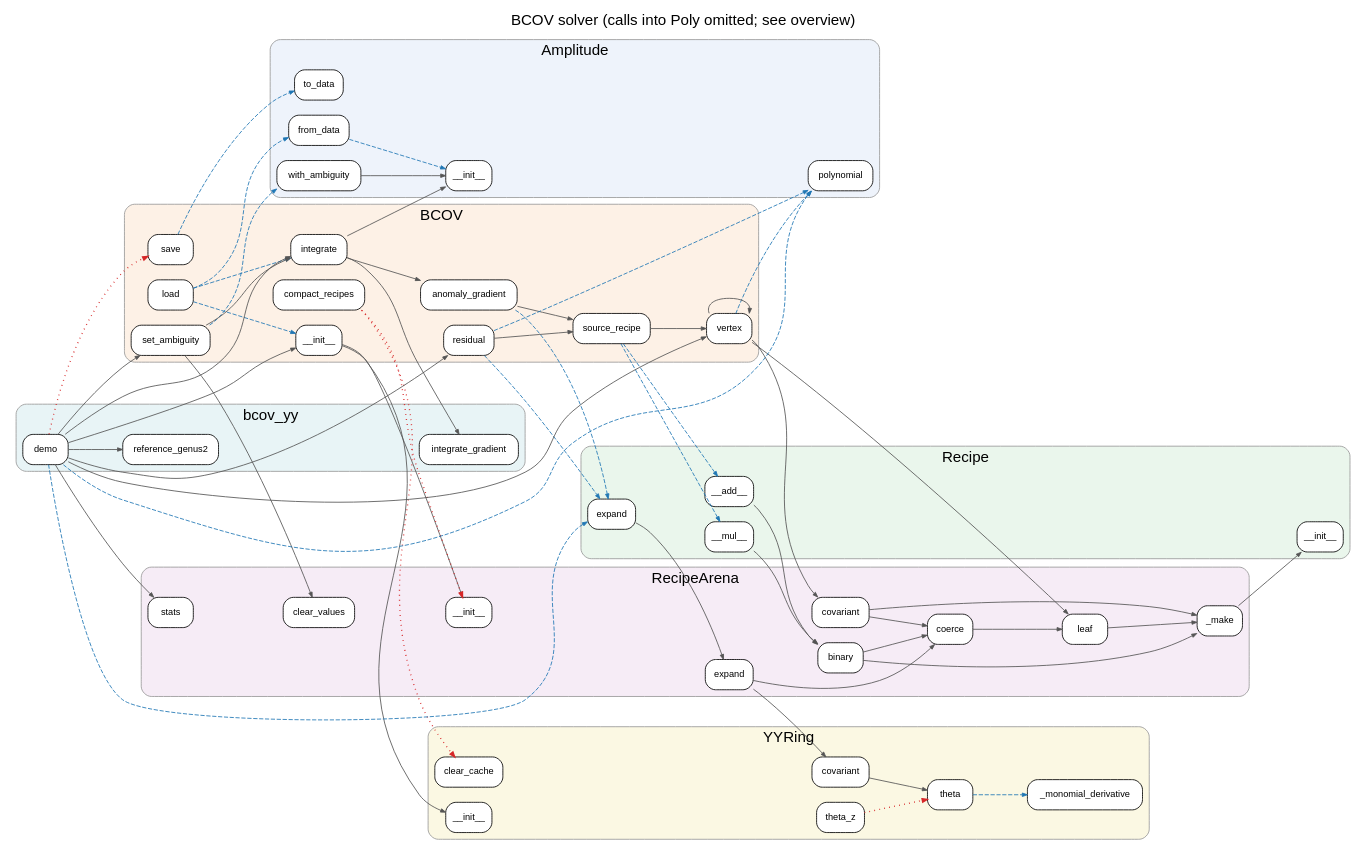
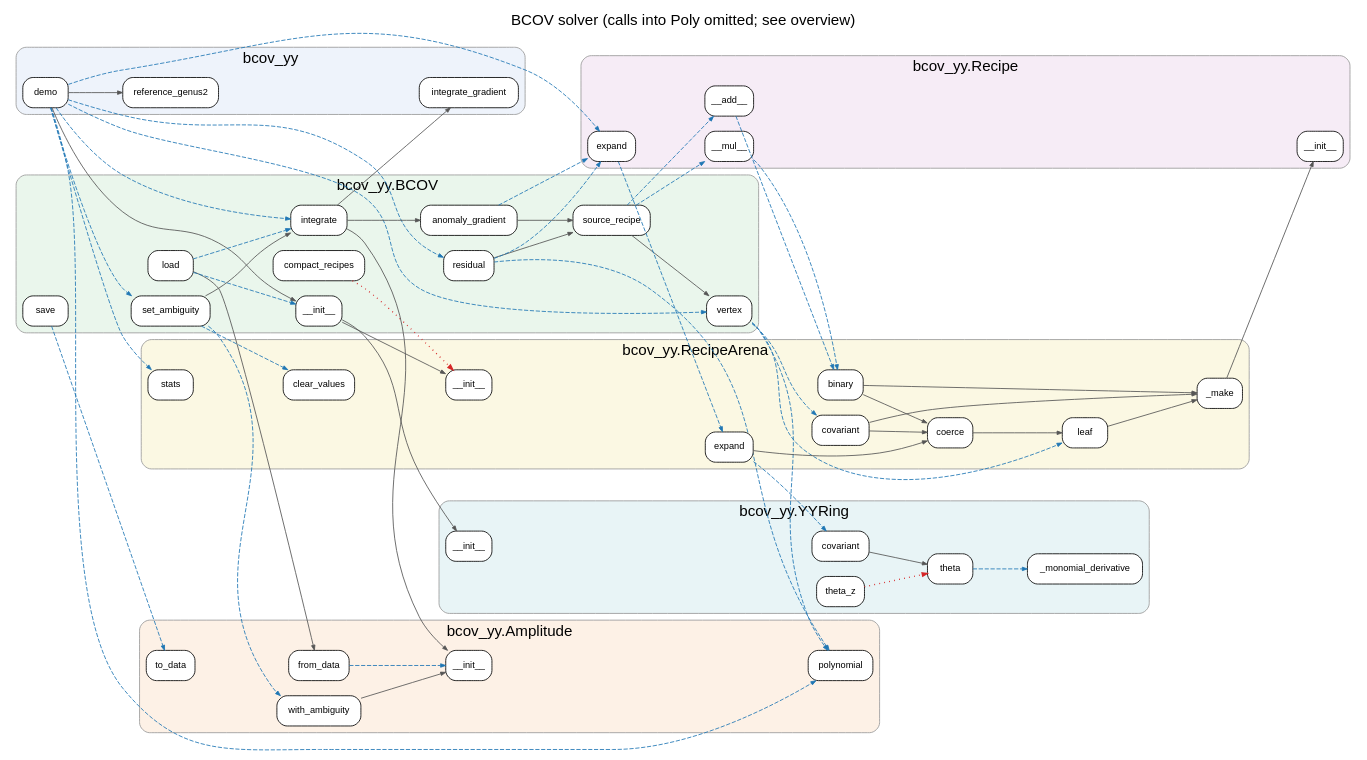
One commit to shaileshlal/bcovSymbolic changed the diagram in docs/callgraph/solver.dot. Above: the diagram before and after it, drawn with Graphviz. The commit also changed 18 other files, not shown here.

First line of the commit message:
Add ARCHITECTURE.md with regenerated Graphviz call graphs

```diff
--- a/docs/callgraph/solver.dot
+++ b/docs/callgraph/solver.dot
@@ -2,106 +2,102 @@
   graph [rankdir=LR, newrank=true, nodesep=0.25, ranksep=0.9, fontname="Helvetica", label="BCOV solver (calls into Poly omitted; see overview)", labelloc=t, fontsize=18];
   node [shape=box, style="rounded,filled", fillcolor="#ffffff", fontname="Helvetica", fontsize=11];
   edge [color="#555555", arrowsize=0.6];
-  subgraph cluster_0 { label="Amplitude"; style="rounded,filled"; fillcolor="#eef3fb"; color="#999999";
-    "bcov_yy.Amplitude.__init__" [label="__init__"];
-    "bcov_yy.Amplitude.from_data" [label="from_data"];
-    "bcov_yy.Amplitude.polynomial" [label="polynomial"];
-    "bcov_yy.Amplitude.to_data" [label="to_data"];
-    "bcov_yy.Amplitude.with_ambiguity" [label="with_ambiguity"];
+  subgraph cluster_0 { label="bcov_yy"; style="rounded,filled"; fillcolor="#eef3fb"; color="#999999";
+    "bcov.bcov_yy.demo" [label="demo"];
+    "bcov.bcov_yy.integrate_gradient" [label="integrate_gradient"];
+    "bcov.bcov_yy.reference_genus2" [label="reference_genus2"];
   }
-  subgraph cluster_1 { label="BCOV"; style="rounded,filled"; fillcolor="#fdf1e6"; color="#999999";
-    "bcov_yy.BCOV.__init__" [label="__init__"];
-    "bcov_yy.BCOV.anomaly_gradient" [label="anomaly_gradient"];
-    "bcov_yy.BCOV.compact_recipes" [label="compact_recipes"];
-    "bcov_yy.BCOV.integrate" [label="integrate"];
-    "bcov_yy.BCOV.load" [label="load"];
-    "bcov_yy.BCOV.residual" [label="residual"];
-    "bcov_yy.BCOV.save" [label="save"];
-    "bcov_yy.BCOV.set_ambiguity" [label="set_ambiguity"];
-    "bcov_yy.BCOV.source_recipe" [label="source_recipe"];
-    "bcov_yy.BCOV.vertex" [label="vertex"];
+  subgraph cluster_1 { label="bcov_yy.Amplitude"; style="rounded,filled"; fillcolor="#fdf1e6"; color="#999999";
+    "bcov.bcov_yy.Amplitude.__init__" [label="__init__"];
+    "bcov.bcov_yy.Amplitude.from_data" [label="from_data"];
+    "bcov.bcov_yy.Amplitude.polynomial" [label="polynomial"];
+    "bcov.bcov_yy.Amplitude.to_data" [label="to_data"];
+    "bcov.bcov_yy.Amplitude.with_ambiguity" [label="with_ambiguity"];
   }
-  subgraph cluster_2 { label="Recipe"; style="rounded,filled"; fillcolor="#eaf6ec"; color="#999999";
-    "bcov_yy.Recipe.__add__" [label="__add__"];
-    "bcov_yy.Recipe.__init__" [label="__init__"];
-    "bcov_yy.Recipe.__mul__" [label="__mul__"];
-    "bcov_yy.Recipe.expand" [label="expand"];
+  subgraph cluster_2 { label="bcov_yy.BCOV"; style="rounded,filled"; fillcolor="#eaf6ec"; color="#999999";
+    "bcov.bcov_yy.BCOV.__init__" [label="__init__"];
+    "bcov.bcov_yy.BCOV.anomaly_gradient" [label="anomaly_gradient"];
+    "bcov.bcov_yy.BCOV.compact_recipes" [label="compact_recipes"];
+    "bcov.bcov_yy.BCOV.integrate" [label="integrate"];
+    "bcov.bcov_yy.BCOV.load" [label="load"];
+    "bcov.bcov_yy.BCOV.residual" [label="residual"];
+    "bcov.bcov_yy.BCOV.save" [label="save"];
+    "bcov.bcov_yy.BCOV.set_ambiguity" [label="set_ambiguity"];
+    "bcov.bcov_yy.BCOV.source_recipe" [label="source_recipe"];
+    "bcov.bcov_yy.BCOV.vertex" [label="vertex"];
   }
-  subgraph cluster_3 { label="RecipeArena"; style="rounded,filled"; fillcolor="#f6ecf6"; color="#999999";
-    "bcov_yy.RecipeArena.__init__" [label="__init__"];
-    "bcov_yy.RecipeArena._make" [label="_make"];
-    "bcov_yy.RecipeArena.binary" [label="binary"];
-    "bcov_yy.RecipeArena.clear_values" [label="clear_values"];
-    "bcov_yy.RecipeArena.coerce" [label="coerce"];
-    "bcov_yy.RecipeArena.covariant" [label="covariant"];
-    "bcov_yy.RecipeArena.expand" [label="expand"];
-    "bcov_yy.RecipeArena.leaf" [label="leaf"];
-    "bcov_yy.RecipeArena.stats" [label="stats"];
+  subgraph cluster_3 { label="bcov_yy.Recipe"; style="rounded,filled"; fillcolor="#f6ecf6"; color="#999999";
+    "bcov.bcov_yy.Recipe.__add__" [label="__add__"];
+    "bcov.bcov_yy.Recipe.__init__" [label="__init__"];
+    "bcov.bcov_yy.Recipe.__mul__" [label="__mul__"];
+    "bcov.bcov_yy.Recipe.expand" [label="expand"];
   }
-  subgraph cluster_4 { label="YYRing"; style="rounded,filled"; fillcolor="#fbf8e3"; color="#999999";
-    "bcov_yy.YYRing.__init__" [label="__init__"];
-    "bcov_yy.YYRing._monomial_derivative" [label="_monomial_derivative"];
-    "bcov_yy.YYRing.clear_cache" [label="clear_cache"];
-    "bcov_yy.YYRing.covariant" [label="covariant"];
-    "bcov_yy.YYRing.theta" [label="theta"];
-    "bcov_yy.YYRing.theta_z" [label="theta_z"];
+  subgraph cluster_4 { label="bcov_yy.RecipeArena"; style="rounded,filled"; fillcolor="#fbf8e3"; color="#999999";
+    "bcov.bcov_yy.RecipeArena.__init__" [label="__init__"];
+    "bcov.bcov_yy.RecipeArena._make" [label="_make"];
+    "bcov.bcov_yy.RecipeArena.binary" [label="binary"];
+    "bcov.bcov_yy.RecipeArena.clear_values" [label="clear_values"];
+    "bcov.bcov_yy.RecipeArena.coerce" [label="coerce"];
+    "bcov.bcov_yy.RecipeArena.covariant" [label="covariant"];
+    "bcov.bcov_yy.RecipeArena.expand" [label="expand"];
+    "bcov.bcov_yy.RecipeArena.leaf" [label="leaf"];
+    "bcov.bcov_yy.RecipeArena.stats" [label="stats"];
   }
-  subgraph cluster_5 { label="bcov_yy"; style="rounded,filled"; fillcolor="#e8f4f6"; color="#999999";
-    "bcov_yy.demo" [label="demo"];
-    "bcov_yy.integrate_gradient" [label="integrate_gradient"];
-    "bcov_yy.reference_genus2" [label="reference_genus2"];
+  subgraph cluster_5 { label="bcov_yy.YYRing"; style="rounded,filled"; fillcolor="#e8f4f6"; color="#999999";
+    "bcov.bcov_yy.YYRing.__init__" [label="__init__"];
+    "bcov.bcov_yy.YYRing._monomial_derivative" [label="_monomial_derivative"];
+    "bcov.bcov_yy.YYRing.covariant" [label="covariant"];
+    "bcov.bcov_yy.YYRing.theta" [label="theta"];
+    "bcov.bcov_yy.YYRing.theta_z" [label="theta_z"];
   }
-  "bcov_yy.Amplitude.from_data" -> "bcov_yy.Amplitude.__init__" [style=dashed, color="#1f77b4"];
-  "bcov_yy.Amplitude.with_ambiguity" -> "bcov_yy.Amplitude.__init__" [style=solid];
-  "bcov_yy.BCOV.__init__" -> "bcov_yy.RecipeArena.__init__" [style=solid];
-  "bcov_yy.BCOV.__init__" -> "bcov_yy.YYRing.__init__" [style=solid];
-  "bcov_yy.BCOV.anomaly_gradient" -> "bcov_yy.BCOV.source_recipe" [style=solid];
-  "bcov_yy.BCOV.anomaly_gradient" -> "bcov_yy.Recipe.expand" [style=dashed, color="#1f77b4"];
-  "bcov_yy.BCOV.compact_recipes" -> "bcov_yy.RecipeArena.__init__" [style=dotted, color="#d62728", penwidth=1.6];
-  "bcov_yy.BCOV.compact_recipes" -> "bcov_yy.YYRing.clear_cache" [style=dotted, color="#d62728", penwidth=1.6];
-  "bcov_yy.BCOV.integrate" -> "bcov_yy.Amplitude.__init__" [style=solid];
-  "bcov_yy.BCOV.integrate" -> "bcov_yy.BCOV.anomaly_gradient" [style=solid];
-  "bcov_yy.BCOV.integrate" -> "bcov_yy.integrate_gradient" [style=solid];
-  "bcov_yy.BCOV.load" -> "bcov_yy.Amplitude.from_data" [style=dashed, color="#1f77b4"];
-  "bcov_yy.BCOV.load" -> "bcov_yy.BCOV.__init__" [style=dashed, color="#1f77b4"];
-  "bcov_yy.BCOV.load" -> "bcov_yy.BCOV.integrate" [style=dashed, color="#1f77b4"];
-  "bcov_yy.BCOV.residual" -> "bcov_yy.Amplitude.polynomial" [style=dashed, color="#1f77b4"];
-  "bcov_yy.BCOV.residual" -> "bcov_yy.BCOV.source_recipe" [style=solid];
-  "bcov_yy.BCOV.residual" -> "bcov_yy.Recipe.expand" [style=dashed, color="#1f77b4"];
-  "bcov_yy.BCOV.save" -> "bcov_yy.Amplitude.to_data" [style=dashed, color="#1f77b4"];
-  "bcov_yy.BCOV.set_ambiguity" -> "bcov_yy.Amplitude.with_ambiguity" [style=dashed, color="#1f77b4"];
-  "bcov_yy.BCOV.set_ambiguity" -> "bcov_yy.BCOV.integrate" [style=solid];
-  "bcov_yy.BCOV.set_ambiguity" -> "bcov_yy.RecipeArena.clear_values" [style=solid];
-  "bcov_yy.BCOV.source_recipe" -> "bcov_yy.BCOV.vertex" [style=solid];
-  "bcov_yy.BCOV.source_recipe" -> "bcov_yy.Recipe.__add__" [style=dashed, color="#1f77b4"];
-  "bcov_yy.BCOV.source_recipe" -> "bcov_yy.Recipe.__mul__" [style=dashed, color="#1f77b4"];
-  "bcov_yy.BCOV.vertex" -> "bcov_yy.Amplitude.polynomial" [style=dashed, color="#1f77b4"];
-  "bcov_yy.BCOV.vertex" -> "bcov_yy.BCOV.vertex" [style=solid];
-  "bcov_yy.BCOV.vertex" -> "bcov_yy.RecipeArena.covariant" [style=solid];
-  "bcov_yy.BCOV.vertex" -> "bcov_yy.RecipeArena.leaf" [style=solid];
-  "bcov_yy.Recipe.__add__" -> "bcov_yy.RecipeArena.binary" [style=solid];
-  "bcov_yy.Recipe.__mul__" -> "bcov_yy.RecipeArena.binary" [style=solid];
-  "bcov_yy.Recipe.expand" -> "bcov_yy.RecipeArena.expand" [style=solid];
-  "bcov_yy.RecipeArena._make" -> "bcov_yy.Recipe.__init__" [style=solid];
-  "bcov_yy.RecipeArena.binary" -> "bcov_yy.RecipeArena._make" [style=solid];
-  "bcov_yy.RecipeArena.binary" -> "bcov_yy.RecipeArena.coerce" [style=solid];
-  "bcov_yy.RecipeArena.coerce" -> "bcov_yy.RecipeArena.leaf" [style=solid];
-  "bcov_yy.RecipeArena.covariant" -> "bcov_yy.RecipeArena._make" [style=solid];
-  "bcov_yy.RecipeArena.covariant" -> "bcov_yy.RecipeArena.coerce" [style=solid];
-  "bcov_yy.RecipeArena.expand" -> "bcov_yy.RecipeArena.coerce" [style=solid];
-  "bcov_yy.RecipeArena.expand" -> "bcov_yy.YYRing.covariant" [style=solid];
-  "bcov_yy.RecipeArena.leaf" -> "bcov_yy.RecipeArena._make" [style=solid];
-  "bcov_yy.YYRing.covariant" -> "bcov_yy.YYRing.theta" [style=solid];
-  "bcov_yy.YYRing.theta" -> "bcov_yy.YYRing._monomial_derivative" [style=dashed, color="#1f77b4"];
-  "bcov_yy.YYRing.theta_z" -> "bcov_yy.YYRing.theta" [style=dotted, color="#d62728", penwidth=1.6];
-  "bcov_yy.demo" -> "bcov_yy.Amplitude.polynomial" [style=dashed, color="#1f77b4"];
-  "bcov_yy.demo" -> "bcov_yy.BCOV.__init__" [style=solid];
-  "bcov_yy.demo" -> "bcov_yy.BCOV.integrate" [style=solid];
-  "bcov_yy.demo" -> "bcov_yy.BCOV.residual" [style=solid];
-  "bcov_yy.demo" -> "bcov_yy.BCOV.save" [style=dotted, color="#d62728", penwidth=1.6];
-  "bcov_yy.demo" -> "bcov_yy.BCOV.set_ambiguity" [style=solid];
-  "bcov_yy.demo" -> "bcov_yy.BCOV.vertex" [style=solid];
-  "bcov_yy.demo" -> "bcov_yy.Recipe.expand" [style=dashed, color="#1f77b4"];
-  "bcov_yy.demo" -> "bcov_yy.RecipeArena.stats" [style=solid];
-  "bcov_yy.demo" -> "bcov_yy.reference_genus2" [style=solid];
+  "bcov.bcov_yy.Amplitude.from_data" -> "bcov.bcov_yy.Amplitude.__init__" [style=dashed, color="#1f77b4"];
+  "bcov.bcov_yy.Amplitude.with_ambiguity" -> "bcov.bcov_yy.Amplitude.__init__" [style=solid];
+  "bcov.bcov_yy.BCOV.__init__" -> "bcov.bcov_yy.RecipeArena.__init__" [style=solid];
+  "bcov.bcov_yy.BCOV.__init__" -> "bcov.bcov_yy.YYRing.__init__" [style=solid];
+  "bcov.bcov_yy.BCOV.anomaly_gradient" -> "bcov.bcov_yy.BCOV.source_recipe" [style=solid];
+  "bcov.bcov_yy.BCOV.anomaly_gradient" -> "bcov.bcov_yy.Recipe.expand" [style=dashed, color="#1f77b4"];
+  "bcov.bcov_yy.BCOV.compact_recipes" -> "bcov.bcov_yy.RecipeArena.__init__" [style=dotted, color="#d62728", penwidth=1.6];
+  "bcov.bcov_yy.BCOV.integrate" -> "bcov.bcov_yy.Amplitude.__init__" [style=solid];
+  "bcov.bcov_yy.BCOV.integrate" -> "bcov.bcov_yy.BCOV.anomaly_gradient" [style=solid];
+  "bcov.bcov_yy.BCOV.integrate" -> "bcov.bcov_yy.integrate_gradient" [style=solid];
+  "bcov.bcov_yy.BCOV.load" -> "bcov.bcov_yy.Amplitude.from_data" [style=solid];
+  "bcov.bcov_yy.BCOV.load" -> "bcov.bcov_yy.BCOV.__init__" [style=dashed, color="#1f77b4"];
+  "bcov.bcov_yy.BCOV.load" -> "bcov.bcov_yy.BCOV.integrate" [style=dashed, color="#1f77b4"];
+  "bcov.bcov_yy.BCOV.residual" -> "bcov.bcov_yy.Amplitude.polynomial" [style=dashed, color="#1f77b4"];
+  "bcov.bcov_yy.BCOV.residual" -> "bcov.bcov_yy.BCOV.source_recipe" [style=solid];
+  "bcov.bcov_yy.BCOV.residual" -> "bcov.bcov_yy.Recipe.expand" [style=dashed, color="#1f77b4"];
+  "bcov.bcov_yy.BCOV.save" -> "bcov.bcov_yy.Amplitude.to_data" [style=dashed, color="#1f77b4"];
+  "bcov.bcov_yy.BCOV.set_ambiguity" -> "bcov.bcov_yy.Amplitude.with_ambiguity" [style=dashed, color="#1f77b4"];
+  "bcov.bcov_yy.BCOV.set_ambiguity" -> "bcov.bcov_yy.BCOV.integrate" [style=solid];
+  "bcov.bcov_yy.BCOV.set_ambiguity" -> "bcov.bcov_yy.RecipeArena.clear_values" [style=dashed, color="#1f77b4"];
+  "bcov.bcov_yy.BCOV.source_recipe" -> "bcov.bcov_yy.BCOV.vertex" [style=solid];
+  "bcov.bcov_yy.BCOV.source_recipe" -> "bcov.bcov_yy.Recipe.__add__" [style=dashed, color="#1f77b4"];
+  "bcov.bcov_yy.BCOV.source_recipe" -> "bcov.bcov_yy.Recipe.__mul__" [style=dashed, color="#1f77b4"];
+  "bcov.bcov_yy.BCOV.vertex" -> "bcov.bcov_yy.Amplitude.polynomial" [style=dashed, color="#1f77b4"];
+  "bcov.bcov_yy.BCOV.vertex" -> "bcov.bcov_yy.RecipeArena.covariant" [style=dashed, color="#1f77b4"];
+  "bcov.bcov_yy.BCOV.vertex" -> "bcov.bcov_yy.RecipeArena.leaf" [style=dashed, color="#1f77b4"];
+  "bcov.bcov_yy.Recipe.__add__" -> "bcov.bcov_yy.RecipeArena.binary" [style=dashed, color="#1f77b4"];
+  "bcov.bcov_yy.Recipe.__mul__" -> "bcov.bcov_yy.RecipeArena.binary" [style=dashed, color="#1f77b4"];
+  "bcov.bcov_yy.Recipe.expand" -> "bcov.bcov_yy.RecipeArena.expand" [style=dashed, color="#1f77b4"];
+  "bcov.bcov_yy.RecipeArena._make" -> "bcov.bcov_yy.Recipe.__init__" [style=solid];
+  "bcov.bcov_yy.RecipeArena.binary" -> "bcov.bcov_yy.RecipeArena._make" [style=solid];
+  "bcov.bcov_yy.RecipeArena.binary" -> "bcov.bcov_yy.RecipeArena.coerce" [style=solid];
+  "bcov.bcov_yy.RecipeArena.coerce" -> "bcov.bcov_yy.RecipeArena.leaf" [style=solid];
+  "bcov.bcov_yy.RecipeArena.covariant" -> "bcov.bcov_yy.RecipeArena._make" [style=solid];
+  "bcov.bcov_yy.RecipeArena.covariant" -> "bcov.bcov_yy.RecipeArena.coerce" [style=solid];
+  "bcov.bcov_yy.RecipeArena.expand" -> "bcov.bcov_yy.RecipeArena.coerce" [style=solid];
+  "bcov.bcov_yy.RecipeArena.expand" -> "bcov.bcov_yy.YYRing.covariant" [style=dashed, color="#1f77b4"];
+  "bcov.bcov_yy.RecipeArena.leaf" -> "bcov.bcov_yy.RecipeArena._make" [style=solid];
+  "bcov.bcov_yy.YYRing.covariant" -> "bcov.bcov_yy.YYRing.theta" [style=solid];
+  "bcov.bcov_yy.YYRing.theta" -> "bcov.bcov_yy.YYRing._monomial_derivative" [style=dashed, color="#1f77b4"];
+  "bcov.bcov_yy.YYRing.theta_z" -> "bcov.bcov_yy.YYRing.theta" [style=dotted, color="#d62728", penwidth=1.6];
+  "bcov.bcov_yy.demo" -> "bcov.bcov_yy.Amplitude.polynomial" [style=dashed, color="#1f77b4"];
+  "bcov.bcov_yy.demo" -> "bcov.bcov_yy.BCOV.__init__" [style=solid];
+  "bcov.bcov_yy.demo" -> "bcov.bcov_yy.BCOV.integrate" [style=dashed, color="#1f77b4"];
+  "bcov.bcov_yy.demo" -> "bcov.bcov_yy.BCOV.residual" [style=dashed, color="#1f77b4"];
+  "bcov.bcov_yy.demo" -> "bcov.bcov_yy.BCOV.set_ambiguity" [style=dashed, color="#1f77b4"];
+  "bcov.bcov_yy.demo" -> "bcov.bcov_yy.BCOV.vertex" [style=dashed, color="#1f77b4"];
+  "bcov.bcov_yy.demo" -> "bcov.bcov_yy.Recipe.expand" [style=dashed, color="#1f77b4"];
+  "bcov.bcov_yy.demo" -> "bcov.bcov_yy.RecipeArena.stats" [style=dashed, color="#1f77b4"];
+  "bcov.bcov_yy.demo" -> "bcov.bcov_yy.reference_genus2" [style=solid];
 }
```
